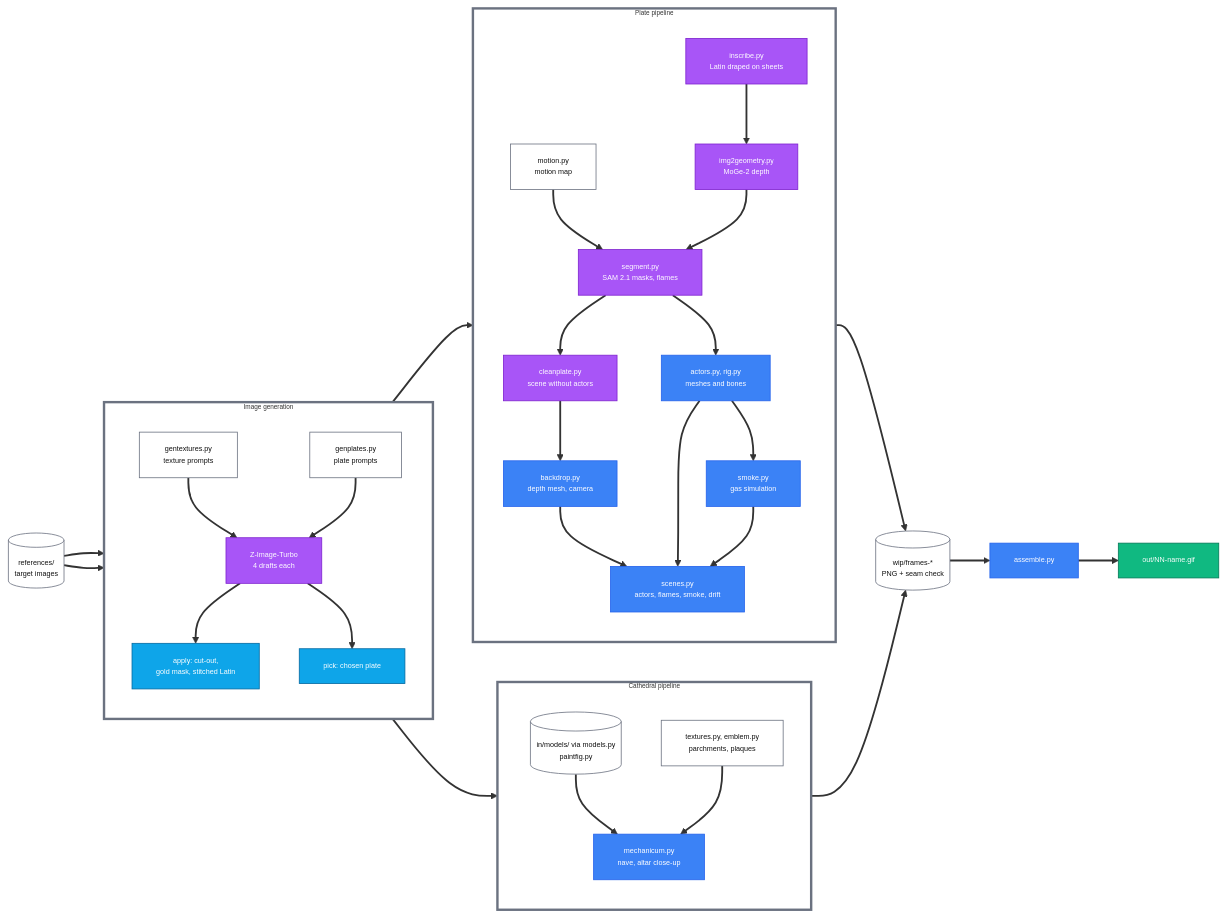
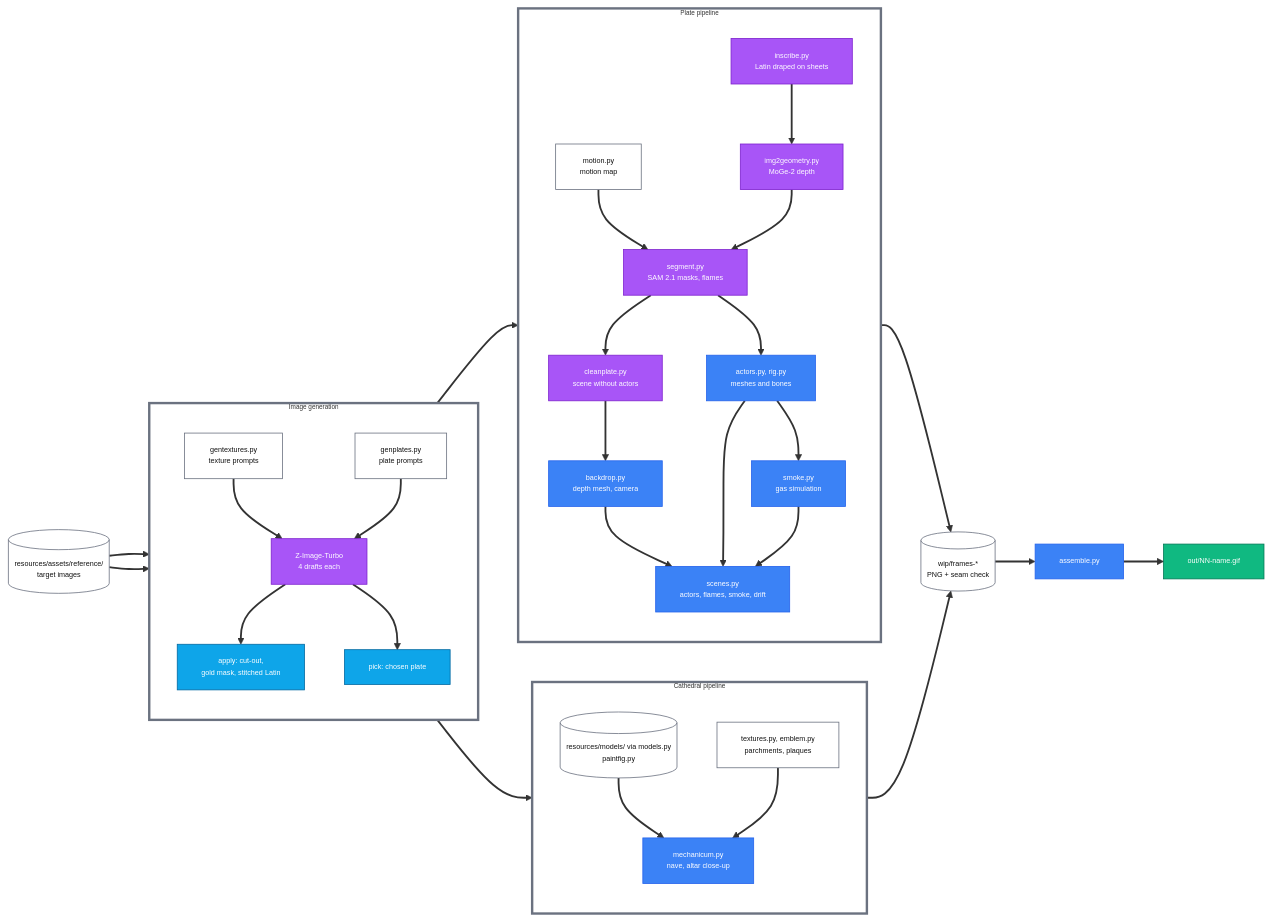
One commit to stellarshenson/funcraft changed the diagram in w40k-mechanicum/DESIGN.md. Above: the diagram before and after it, drawn with Mermaid. The commit also changed other lines of this file and 76 other files, not shown here.

````diff
--- a/w40k-mechanicum/DESIGN.md
+++ b/w40k-mechanicum/DESIGN.md
@@ -54,43 +54,43 @@
 ```mermaid
 %%{init: {'themeVariables': {'fontSize': '8px'}, 'themeCSS': '.cluster-label span, .cluster-label text, .edgeLabel span {color:var(--jp-ui-font-color1, var(--vscode-editor-foreground, var(--fgColor-default, #1f2937))); fill:var(--jp-ui-font-color1, var(--vscode-editor-foreground, var(--fgColor-default, #1f2937)))} @media (prefers-color-scheme: dark){.cluster-label span, .cluster-label text, .edgeLabel span {color:var(--jp-ui-font-color1, var(--vscode-editor-foreground, var(--fgColor-default, #e5e7eb))); fill:var(--jp-ui-font-color1, var(--vscode-editor-foreground, var(--fgColor-default, #e5e7eb)))}}'}}%%
 flowchart LR
-    REF[(references/<br/>target images)]:::data
+    REF[(resources/assets/reference/<br/>target images)]:::data
     subgraph GEN["Image generation"]
         direction TB
         TJ[gentextures.py<br/>texture prompts]:::data --> ZI[Z-Image-Turbo<br/>4 drafts each]:::ai
         PJ[genplates.py<br/>plate prompts]:::data --> ZI
         ZI --> AP[apply: cut-out,<br/>gold mask, stitched Latin]:::ingest
         ZI --> PK[pick: chosen plate]:::ingest
     end
     subgraph CAT["Cathedral pipeline"]
         direction TB
-        MOD[(in/models/ via models.py<br/>paintfig.py)]:::data --> MEC[mechanicum.py<br/>nave, altar close-up]:::svc
+        MOD[(resources/models/ via models.py<br/>paintfig.py)]:::data --> MEC[mechanicum.py<br/>nave, altar close-up]:::svc
         PIL[textures.py, emblem.py<br/>parchments, plaques]:::data --> MEC
     end
     subgraph PLT["Plate pipeline"]
         direction TB
         INS[inscribe.py<br/>Latin draped on sheets]:::ai --> MG[img2geometry.py<br/>MoGe-2 depth]:::ai
         MM[motion.py<br/>motion map]:::data --> SG[segment.py<br/>SAM 2.1 masks, flames]:::ai
         MG --> SG
         SG --> CP[cleanplate.py<br/>scene without actors]:::ai
         CP --> BD[backdrop.py<br/>depth mesh, camera]:::svc --> SC[scenes.py<br/>actors, flames, smoke, drift]:::svc
         SG --> AC[actors.py, rig.py<br/>meshes and bones]:::svc --> SC
         AC --> SM[smoke.py<br/>gas simulation]:::svc --> SC
     end
     REF --> TJ
     REF --> PJ
     AP --> MEC
     PK --> INS
     MEC --> FR[(wip/frames-*<br/>PNG + seam check)]:::data
     SC --> FR
     FR --> AS[assemble.py]:::svc --> GIF[out/NN-name.gif]:::act
     classDef data fill:#FFFFFF,stroke:#6B7280,color:#111,font-size:9px
     classDef ingest fill:#0EA5E9,stroke:#0369A1,color:#fff,font-size:9px
     classDef svc fill:#3B82F6,stroke:#2563EB,color:#fff,font-size:9px
     classDef ai fill:#A855F7,stroke:#7E22CE,color:#fff,font-size:9px
     classDef act fill:#10B981,stroke:#047857,color:#fff,font-size:9px
     style GEN fill:none,stroke:#6b7280,stroke-width:3px
     style CAT fill:none,stroke:#6b7280,stroke-width:3px
     style PLT fill:none,stroke:#6b7280,stroke-width:3px
     linkStyle default stroke-width:2.3px
 ```
````
